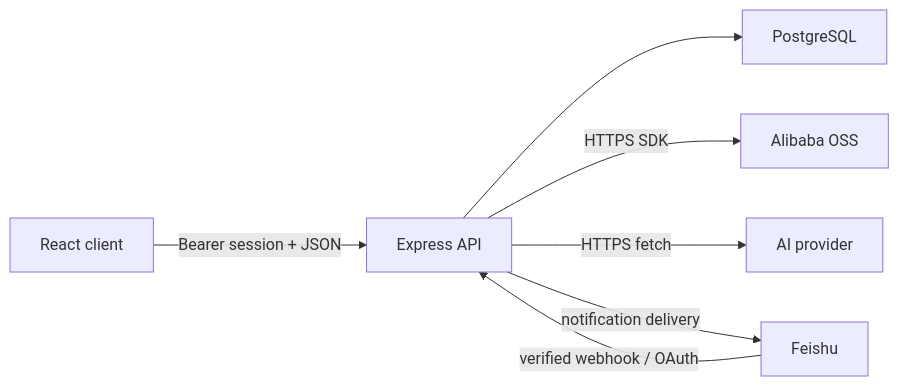
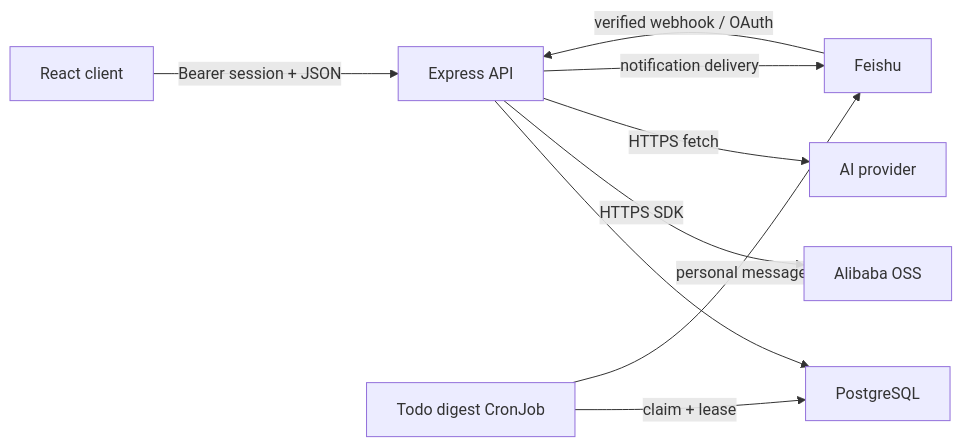
Before and after one commit to cuisongliu/vege-basket: the diagram in docs/architecture.md, drawn with Mermaid. The commit also changed other lines of this file and 29 other files, not shown here.

````diff
--- a/docs/architecture.md
+++ b/docs/architecture.md
@@ -11,9 +11,11 @@
 ```mermaid
 flowchart LR
   browser["React client"] -->|"Bearer session + JSON"| api["Express API"]
   api --> db["PostgreSQL"]
   api -->|"HTTPS SDK"| oss["Alibaba OSS"]
   api -->|"HTTPS fetch"| ai["AI provider"]
   feishu["Feishu"] -->|"verified webhook / OAuth"| api
   api -->|"notification delivery"| feishu
+  cron["Todo digest CronJob"] -->|"claim + lease"| db
+  cron -->|"personal message"| feishu
 ```
````
